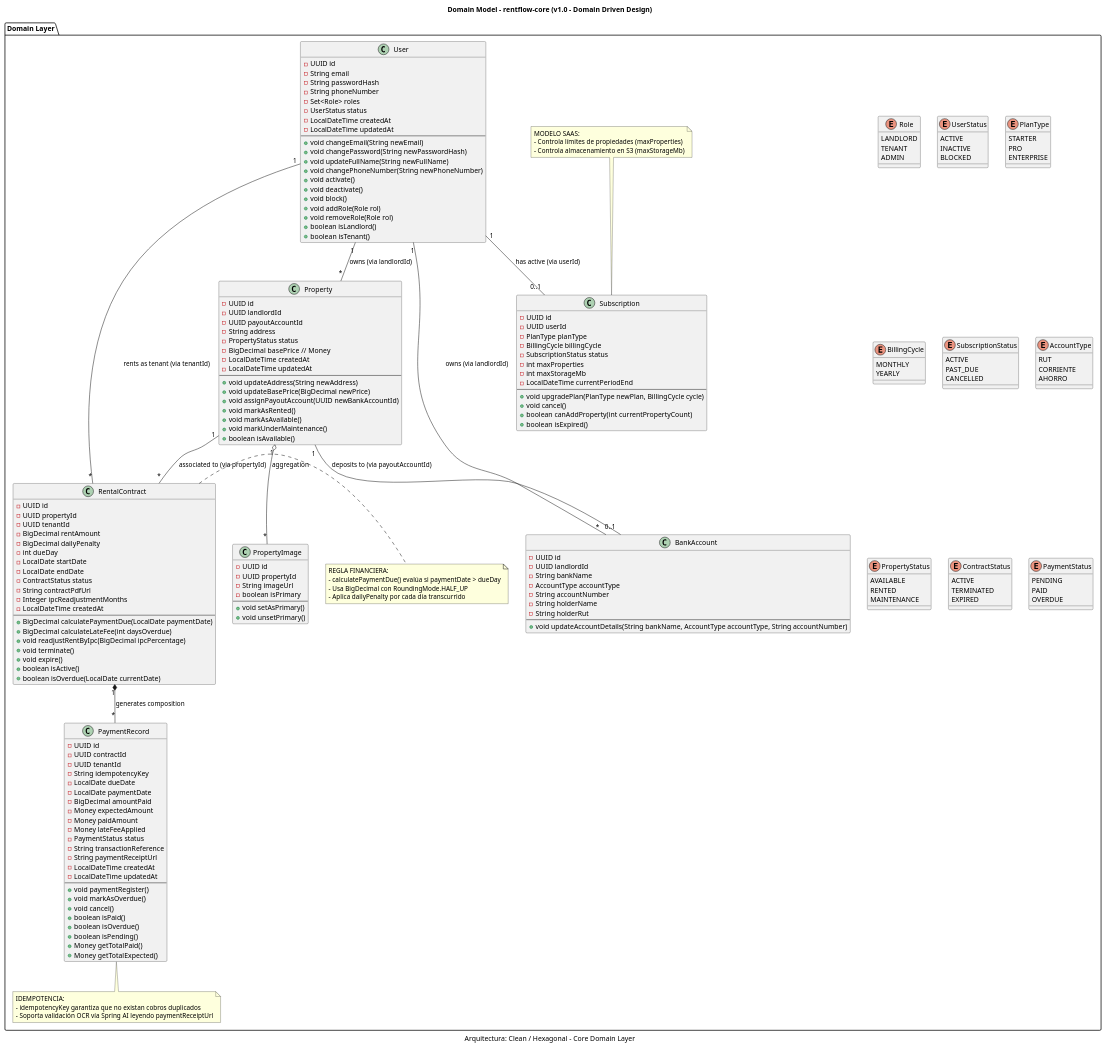
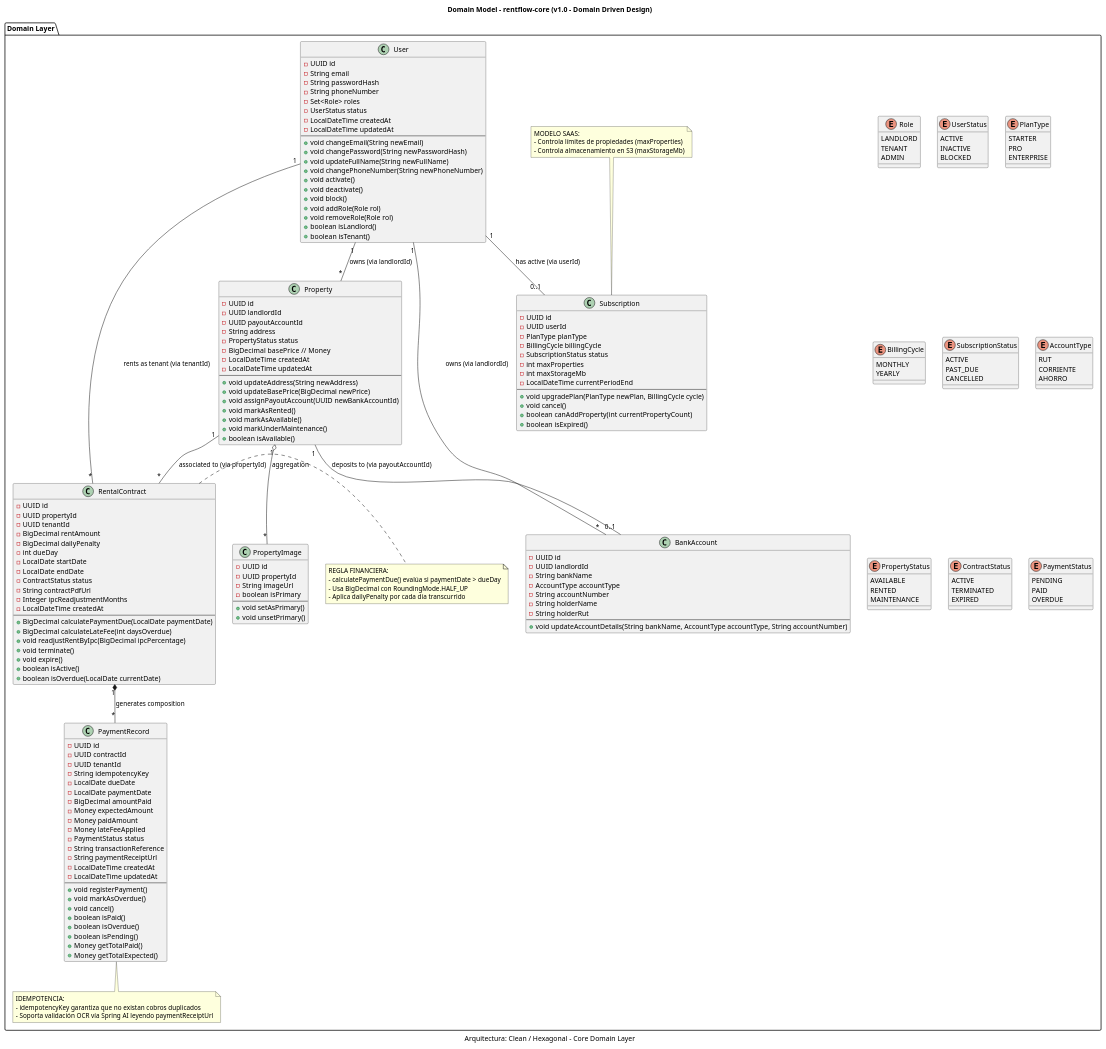
One commit to marcobustosblas/rentflow-core changed the diagram in docs/domain-model.puml. Above: the diagram before and after it, drawn with PlantUML. The commit also changed 2 other files, not shown here.

Commit message:
test(domain): add comprehensive unit tests for PaymentRecord entity and state transitions

```diff
--- a/docs/domain-model.puml
+++ b/docs/domain-model.puml
@@ -206,7 +206,7 @@
         - LocalDateTime createdAt
         - LocalDateTime updatedAt
         ---
-        + void paymentRegister()
+        + void registerPayment()
         + void markAsOverdue()
         + void cancel()
         + boolean isPaid()
```
